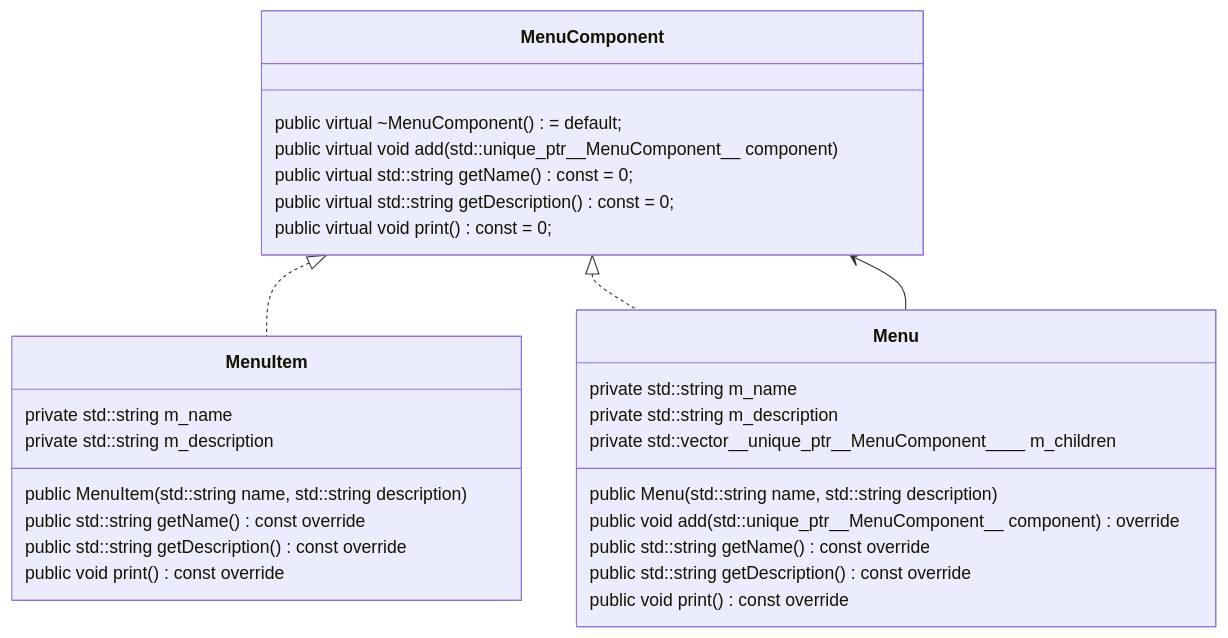
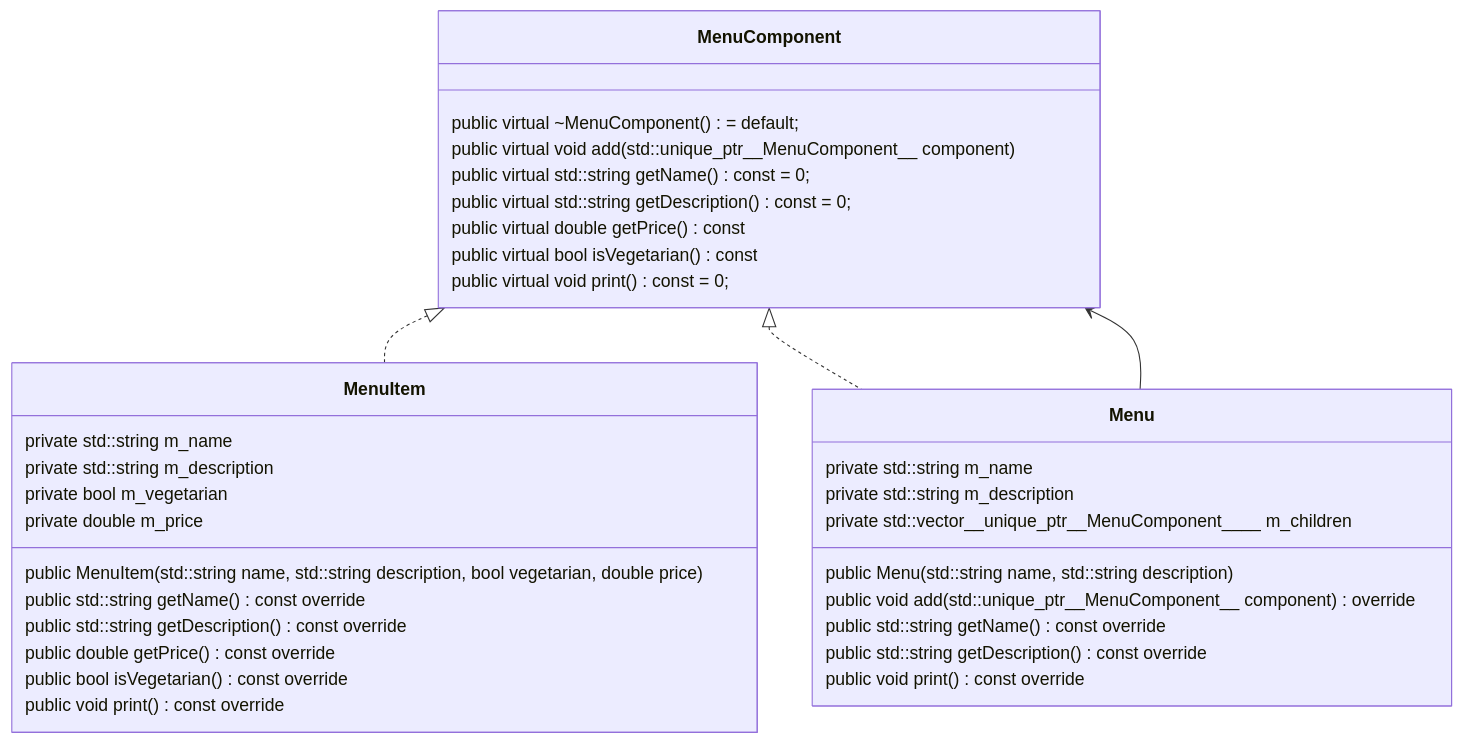
Before and after one commit to rngoodner/design-patterns: diagram 11 of 13 in README.md, drawn with Mermaid. The commit also changed other lines of this file, not shown here.

Commit message:
sync README class diagrams with current code

````diff
--- a/README.md
+++ b/README.md
@@ -523,35 +701,41 @@
 ```mermaid
 classDiagram
 
 class MenuComponent {
     public virtual ~MenuComponent() = default;
     public virtual void add(std::unique_ptr__MenuComponent__ component)
     public virtual std::string getName() const = 0;
     public virtual std::string getDescription() const = 0;
+    public virtual double getPrice() const
+    public virtual bool isVegetarian() const
     public virtual void print() const = 0;
 }
 
 class MenuItem {
-    public MenuItem(std::string name, std::string description)
+    public MenuItem(std::string name, std::string description, bool vegetarian, double price)
     public std::string getName() const override
     public std::string getDescription() const override
+    public double getPrice() const override
+    public bool isVegetarian() const override
     public void print() const override
     private std::string m_name
     private std::string m_description
+    private bool m_vegetarian
+    private double m_price
 }
 
 class Menu {
     public Menu(std::string name, std::string description)
     public void add(std::unique_ptr__MenuComponent__ component) override
     public std::string getName() const override
     public std::string getDescription() const override
     public void print() const override
     private std::string m_name
     private std::string m_description
     private std::vector__unique_ptr__MenuComponent____ m_children
 }
 
 MenuComponent <|.. MenuItem
 MenuComponent <|.. Menu
 Menu --> MenuComponent
 ```
````
